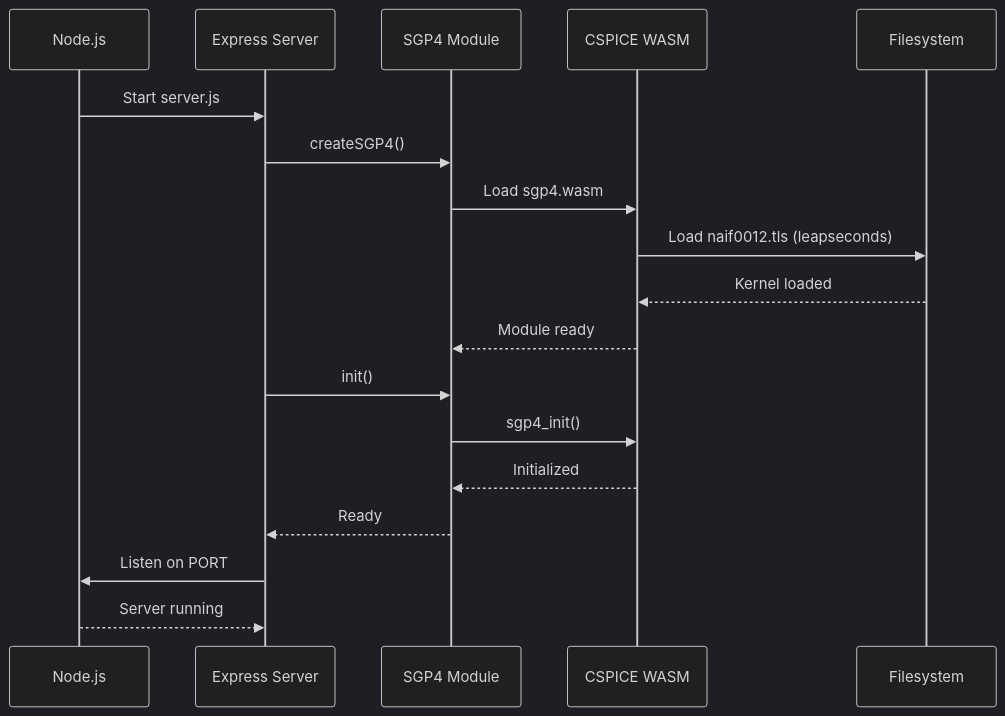
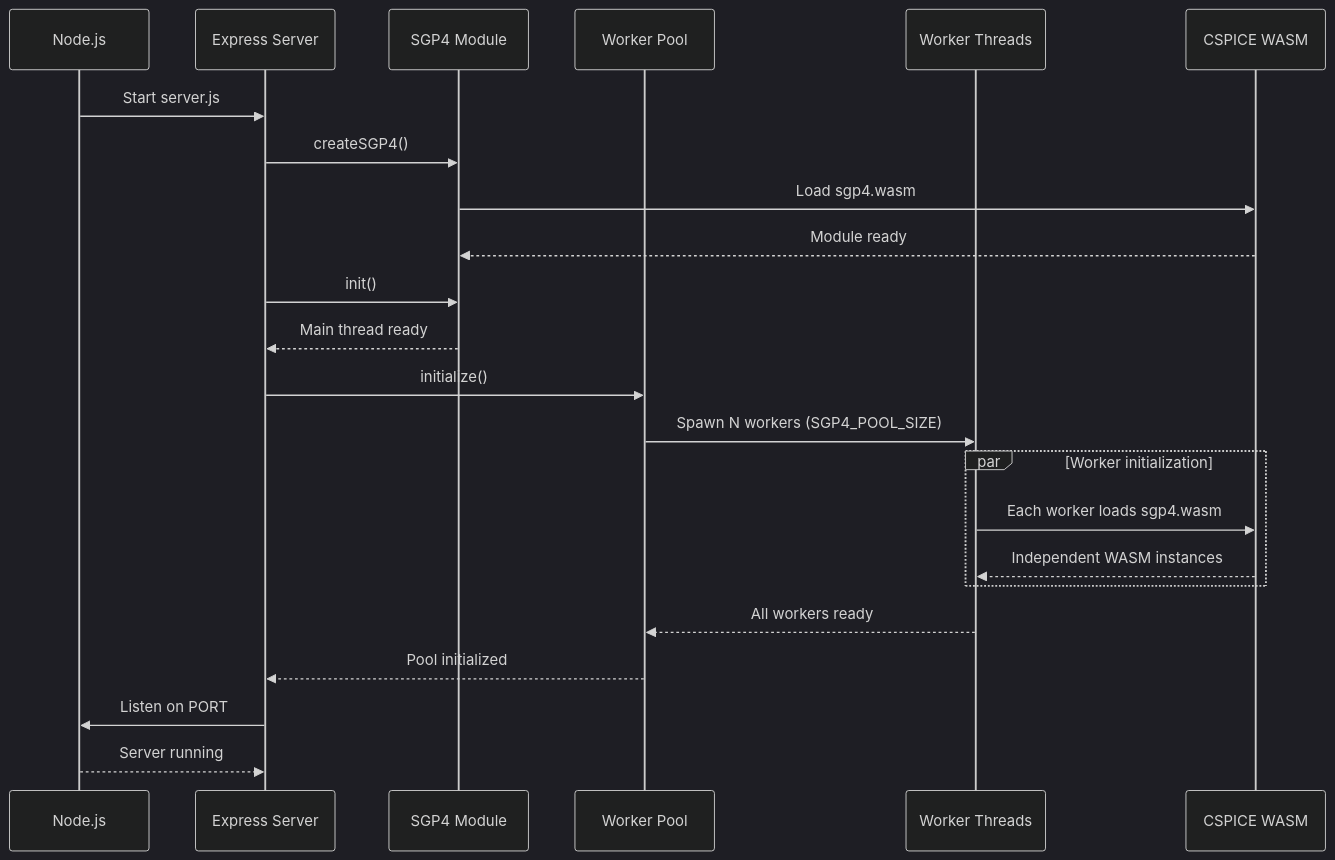
Before and after one commit to haisamido/spice: the fifth of 6 diagrams in docs/architecture.md, drawn with Mermaid (dark theme). The commit also changed other lines of this file and 8 other files, not shown here.

First line of the commit message:
Added worker pool for parallel SGP4 propagation with documentation updates

````diff
--- a/docs/architecture.md
+++ b/docs/architecture.md
@@ -221,21 +258,30 @@
 ```mermaid
 sequenceDiagram
     participant Node as Node.js
     participant Server as Express Server
     participant SGP4 as SGP4 Module
+    participant Pool as Worker Pool
+    participant Workers as Worker Threads
     participant WASM as CSPICE WASM
-    participant FS as Filesystem
 
     Node->>Server: Start server.js
     Server->>SGP4: createSGP4()
     SGP4->>WASM: Load sgp4.wasm
-    WASM->>FS: Load naif0012.tls (leapseconds)
-    FS-->>WASM: Kernel loaded
     WASM-->>SGP4: Module ready
     Server->>SGP4: init()
-    SGP4->>WASM: sgp4_init()
-    WASM-->>SGP4: Initialized
-    SGP4-->>Server: Ready
+    SGP4-->>Server: Main thread ready
+
+    Server->>Pool: initialize()
+    Pool->>Workers: Spawn N workers (SGP4_POOL_SIZE)
+
+    par Worker initialization
+        Workers->>WASM: Each worker loads sgp4.wasm
+        WASM-->>Workers: Independent WASM instances
+    end
+
+    Workers-->>Pool: All workers ready
+    Pool-->>Server: Pool initialized
+
     Server->>Node: Listen on PORT
     Node-->>Server: Server running
 ```
````
